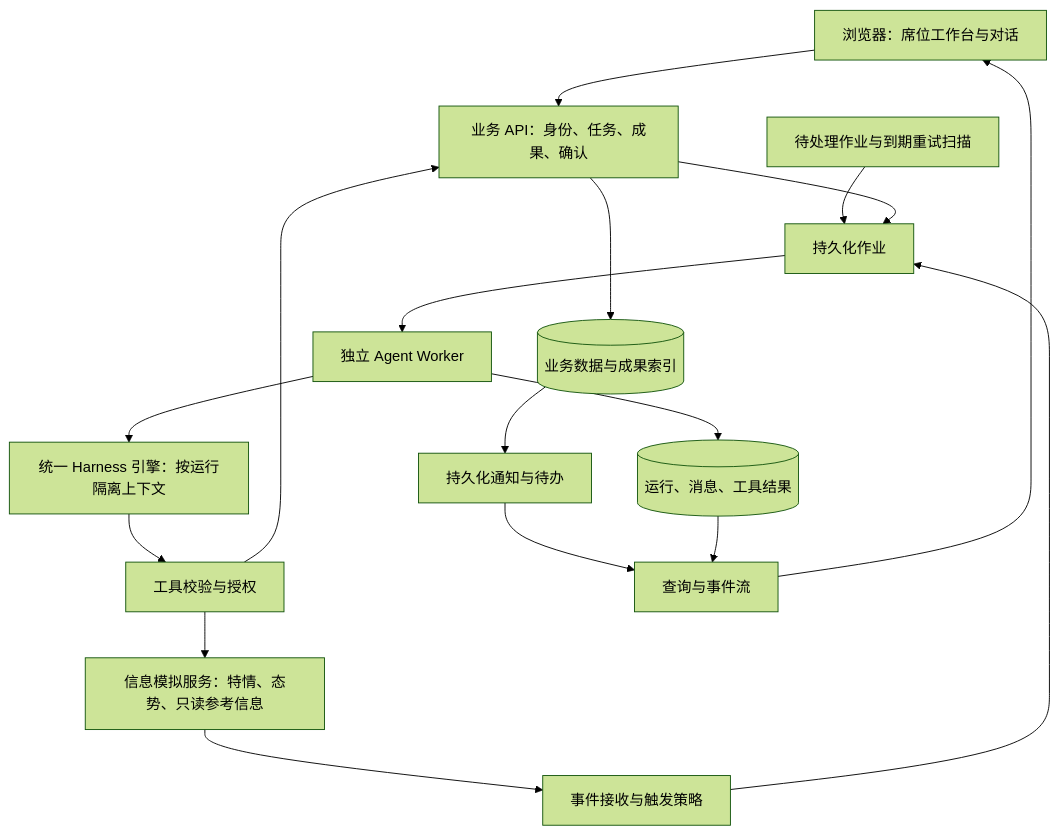
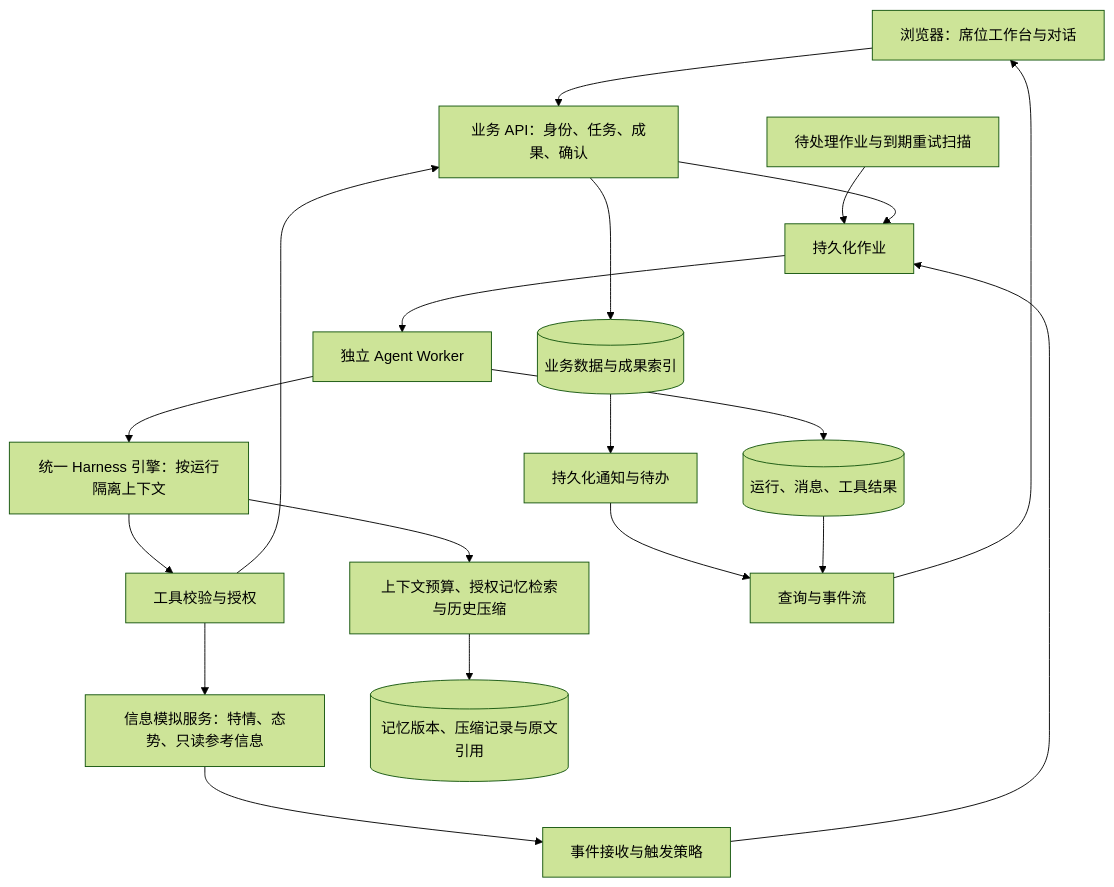
The diagram in docs/mvp/design.md (pulpcode/berserk), drawn with Mermaid (forest theme) before and after one commit. The commit also changed other lines of this file and 6 other files, not shown here.

````diff
--- a/docs/mvp/design.md
+++ b/docs/mvp/design.md
@@ -9,19 +9,21 @@
 ```mermaid
 flowchart TD
     UI[浏览器：席位工作台与对话] --> API[业务 API：身份、任务、成果、确认]
     SIM[信息模拟服务：特情、态势、只读参考信息] --> IN[事件接收与触发策略]
     SCAN[待处理作业与到期重试扫描] --> JOB[持久化作业]
     API --> JOB
     IN --> JOB
     JOB --> WORKER[独立 Agent Worker]
     WORKER --> HARNESS[统一 Harness 引擎：按运行隔离上下文]
+    HARNESS --> CONTEXT[上下文预算、授权记忆检索与历史压缩]
+    CONTEXT --> MEMORY[(记忆版本、压缩记录与原文引用)]
     HARNESS --> GATE[工具校验与授权]
     GATE --> API
     GATE --> SIM
     API --> DATA[(业务数据与成果索引)]
     WORKER --> RUN[(运行、消息、工具结果)]
     DATA --> NOTICE[持久化通知与待办]
     NOTICE --> STREAM[查询与事件流]
     RUN --> STREAM
     STREAM --> UI
 ```
````
